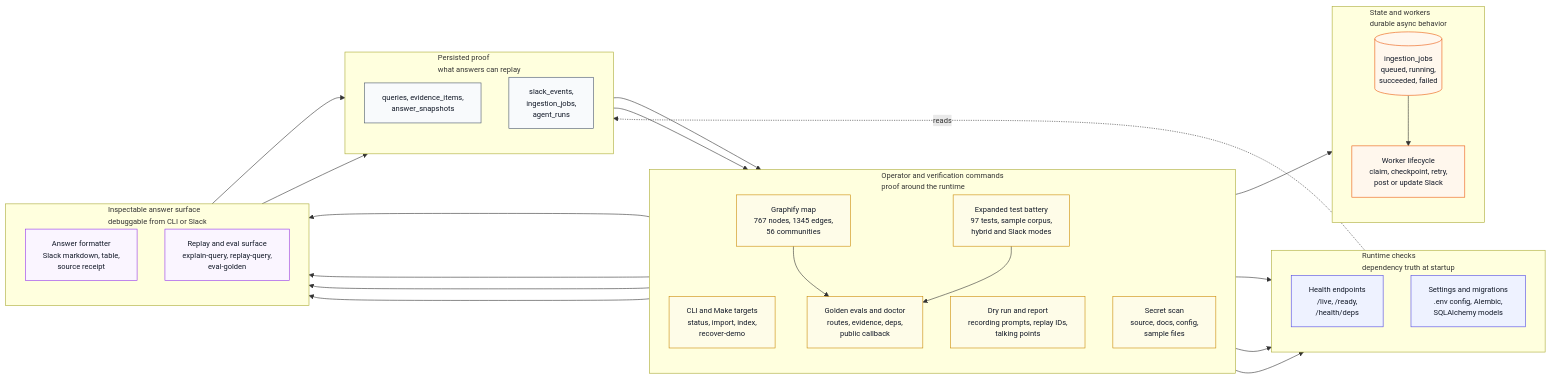
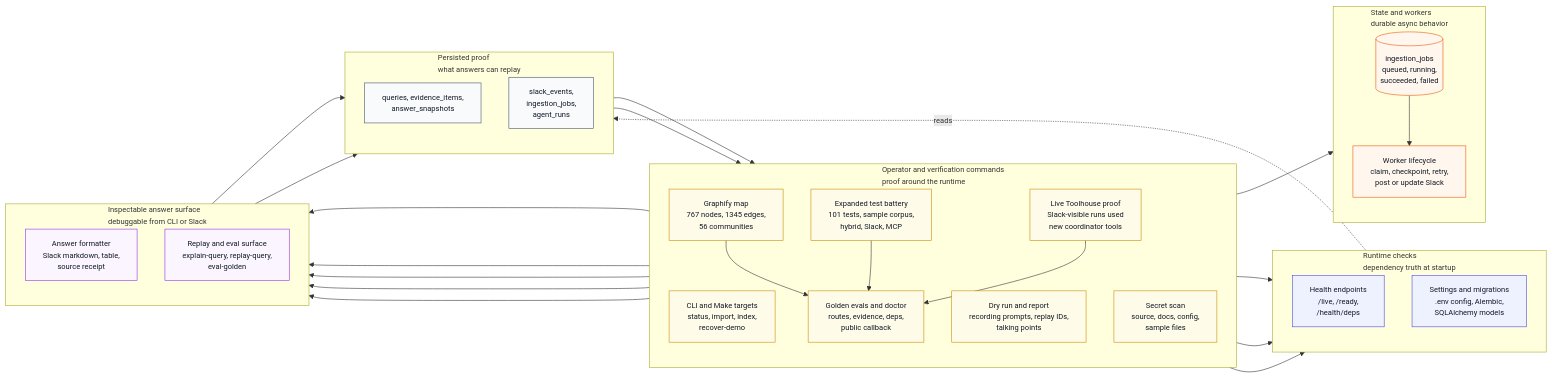
One commit to Aqwerty321/CRE-Knowledge-Engine changed the fifth of 8 diagrams in README.md. Above: the diagram before and after it, drawn with Mermaid. The commit also changed other lines of this file and 24 other files, not shown here.

First line of the commit message:
Enhance Toolhouse MCP Integration and Evidence Context

````diff
--- a/README.md
+++ b/README.md
@@ -304,65 +318,68 @@
 ```mermaid
 %%{init: {"flowchart": {"htmlLabels": true, "curve": "basis", "nodeSpacing": 48, "rankSpacing": 62, "wrappingWidth": 190}, "themeVariables": {"fontSize": "13px"}} }%%
 flowchart LR
     classDef ops fill:#fefce8,stroke:#ca8a04,color:#111827
     classDef app fill:#eef2ff,stroke:#4f46e5,color:#111827
     classDef store fill:#f8fafc,stroke:#475569,color:#111827
     classDef answer fill:#faf5ff,stroke:#9333ea,color:#111827
     classDef jobs fill:#fff7ed,stroke:#ea580c,color:#111827
 
     subgraph O["Operator and verification commands<br/>proof around the runtime"]
         direction TB
         O1["CLI and Make targets<br/>status, import, index,<br/>recover-demo"]
         O2["Golden evals and doctor<br/>routes, evidence, deps,<br/>public callback"]
         O3["Dry run and report<br/>recording prompts, replay IDs,<br/>talking points"]
         O4["Secret scan<br/>source, docs, config,<br/>sample files"]
         O5["Graphify map<br/>767 nodes, 1345 edges,<br/>56 communities"]
-        O6["Expanded test battery<br/>97 tests, sample corpus,<br/>hybrid and Slack modes"]
+        O6["Expanded test battery<br/>101 tests, sample corpus,<br/>hybrid, Slack, MCP"]
+        O7["Live Toolhouse proof<br/>Slack-visible runs used<br/>new coordinator tools"]
     end
 
     subgraph A["Runtime checks<br/>dependency truth at startup"]
         direction TB
         A3["Health endpoints<br/>/live, /ready,<br/>/health/deps"]
         A5["Settings and migrations<br/>.env config, Alembic,<br/>SQLAlchemy models"]
     end
 
     subgraph J["State and workers<br/>durable async behavior"]
         direction TB
         J0[("ingestion_jobs<br/>queued, running,<br/>succeeded, failed")]
         J4["Worker lifecycle<br/>claim, checkpoint, retry,<br/>post or update Slack"]
     end
 
     subgraph E["Persisted proof<br/>what answers can replay"]
         direction TB
         E4["queries, evidence_items,<br/>answer_snapshots"]
         E5["slack_events,<br/>ingestion_jobs,<br/>agent_runs"]
     end
 
     subgraph R["Inspectable answer surface<br/>debuggable from CLI or Slack"]
         direction TB
         R4["Answer formatter<br/>Slack markdown, table,<br/>source receipt"]
         R5["Replay and eval surface<br/>explain-query, replay-query,<br/>eval-golden"]
     end
 
     O1 --> J0 --> J4
     O1 --> A3
     O2 --> A3
     O2 --> R5
     O3 --> R4
     O3 --> R5
     O4 --> A5
     O5 --> O2
     O6 --> O2
     O6 --> R5
+    O7 --> O2
+    O7 --> R5
     A3 -.reads.-> E5
     R4 --> E4
     R5 --> E4
     E4 --> O3
     E5 --> O2
 
-    class O1,O2,O3,O4,O5,O6 ops
+    class O1,O2,O3,O4,O5,O6,O7 ops
     class A3,A5 app
     class J0,J4 jobs
     class E4,E5 store
     class R4,R5 answer
 ```
````
